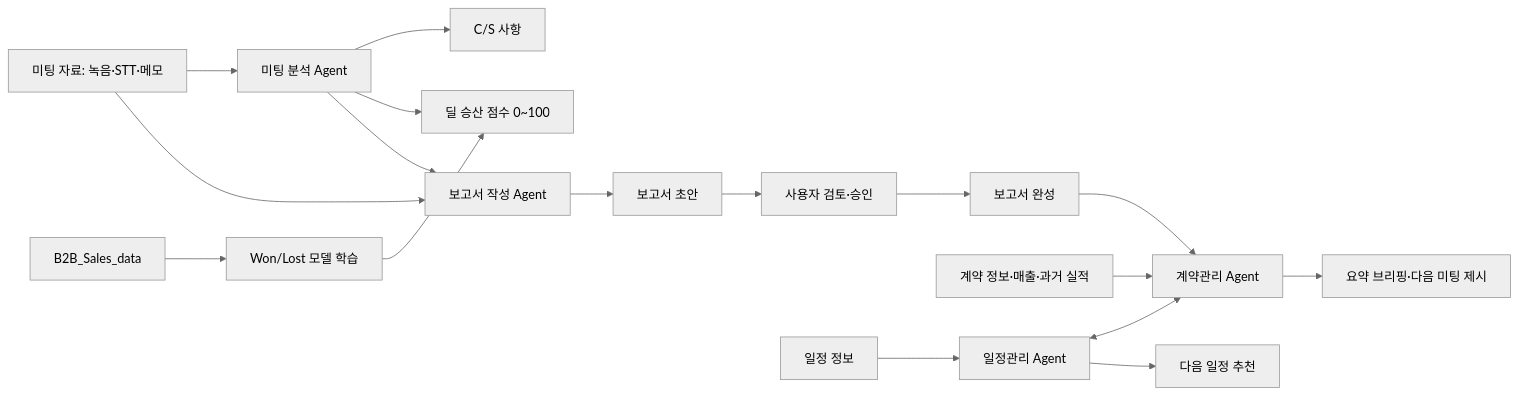
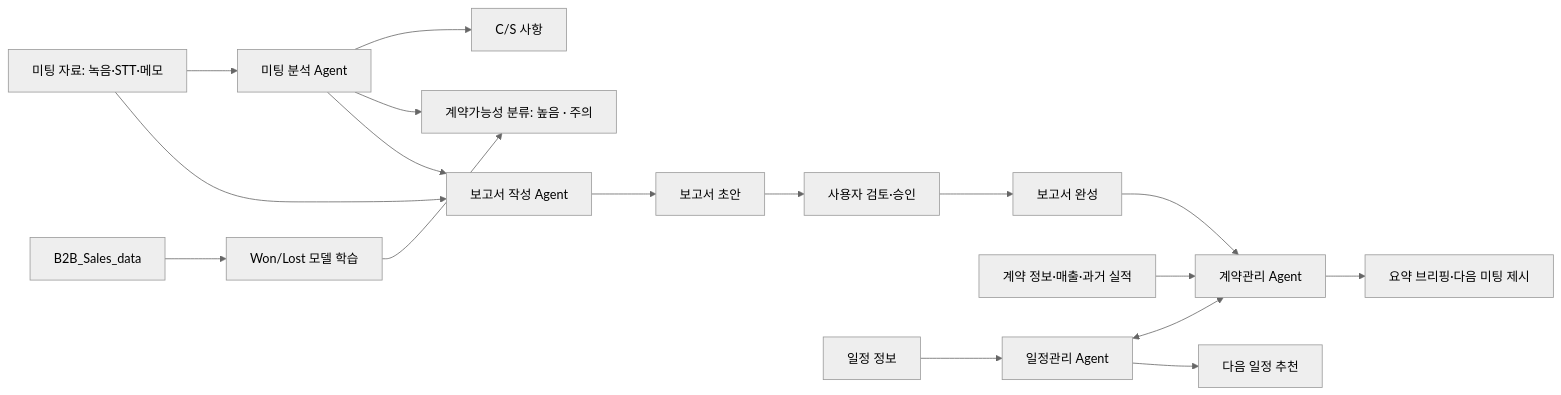
One commit to SKNETWORKS-FAMILY-AICAMP/SKN30-FINAL-1Team changed the diagram in docs/데이터 수집 보고서.md. Above: the diagram before and after it, drawn with Mermaid (neutral theme). The commit also changed other lines of this file and 12 other files, not shown here.

First line of the commit message:
docs!: 멀티에이전트 운영 플로우에 브리핑·RAG 조회·C/S 입력 반영과 문서 정리 (#51)

````diff
--- a/docs/데이터 수집 보고서.md
+++ b/docs/데이터 수집 보고서.md
@@ -101,19 +101,19 @@
 ```mermaid
 flowchart LR
   A["미팅 자료: 녹음·STT·메모"] --> B["미팅 분석 Agent"]
   B --> C["C/S 사항"]
-  B --> D["딜 승산 점수 0~100"]
+  B --> D["계약가능성 분류: 높음 · 주의"]
   A --> E["보고서 작성 Agent"]
   B --> E
   E --> F["보고서 초안"]
   F --> G["사용자 검토·승인"]
   G --> H["보고서 완성"]
   H --> I["계약관리 Agent"]
   J["계약 정보·매출·과거 실적"] --> I
   I --> K["요약 브리핑·다음 미팅 제시"]
   L["일정관리 Agent"] <--> I
   M["일정 정보"] --> L
   L --> N["다음 일정 추천"]
   O["B2B_Sales_data"] --> P["Won/Lost 모델 학습"]
   P --> D
 ```
````
